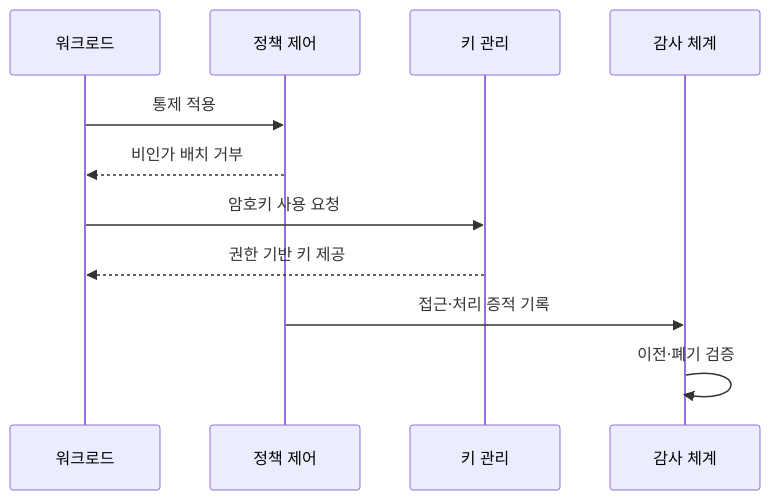
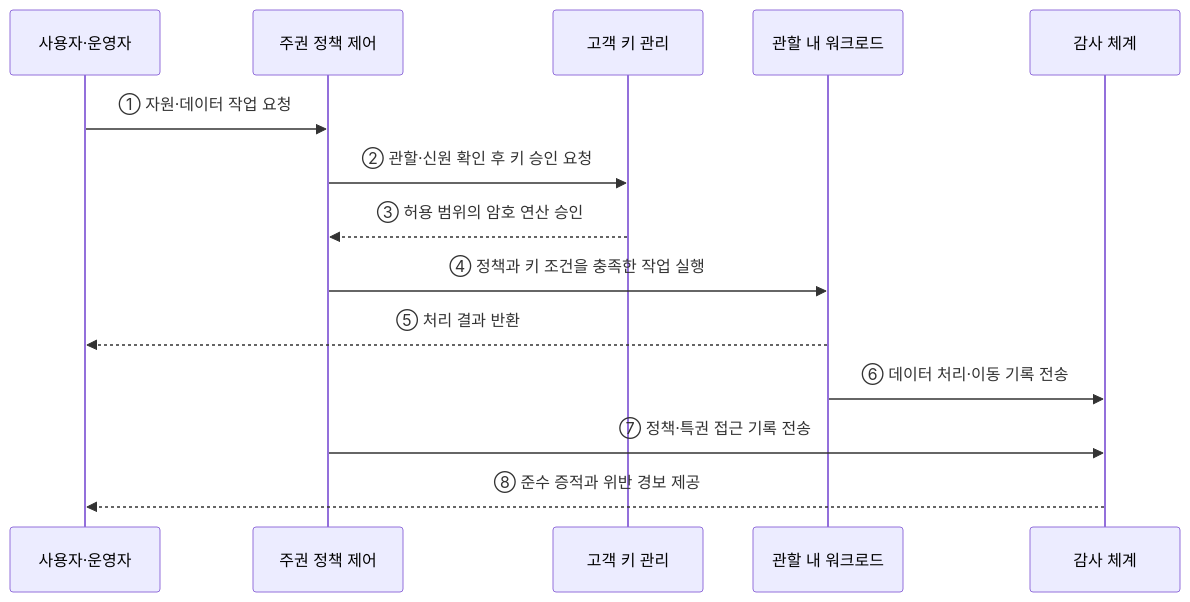
One commit to agnusdei1207/knowledge-base changed the second of 2 diagrams in src/content/docs/notes/03-software/168_sovereign_cloud.md. Above: the diagram before and after it, drawn with Mermaid. The commit also changed other lines of this file and 20 other files, not shown here.

````diff
--- a/src/content/docs/notes/03-software/168_sovereign_cloud.md
+++ b/src/content/docs/notes/03-software/168_sovereign_cloud.md
@@ -75,13 +71,16 @@
 ```mermaid
 sequenceDiagram
-    participant W as 워크로드
-    participant P as 정책 제어
-    participant K as 키 관리
+    participant U as 사용자·운영자
+    participant P as 주권 정책 제어
+    participant K as 고객 키 관리
+    participant W as 관할 내 워크로드
     participant A as 감사 체계
-    W->>P: 통제 적용
-    P-->>W: 비인가 배치 거부
-    W->>K: 암호키 사용 요청
-    K-->>W: 권한 기반 키 제공
-    P->>A: 접근·처리 증적 기록
-    A->>A: 이전·폐기 검증
+    U->>P: ① 자원·데이터 작업 요청
+    P->>K: ② 관할·신원 확인 후 키 승인 요청
+    K-->>P: ③ 허용 범위의 암호 연산 승인
+    P->>W: ④ 정책과 키 조건을 충족한 작업 실행
+    W-->>U: ⑤ 처리 결과 반환
+    W->>A: ⑥ 데이터 처리·이동 기록 전송
+    P->>A: ⑦ 정책·특권 접근 기록 전송
+    A-->>U: ⑧ 준수 증적과 위반 경보 제공
 ```
````
